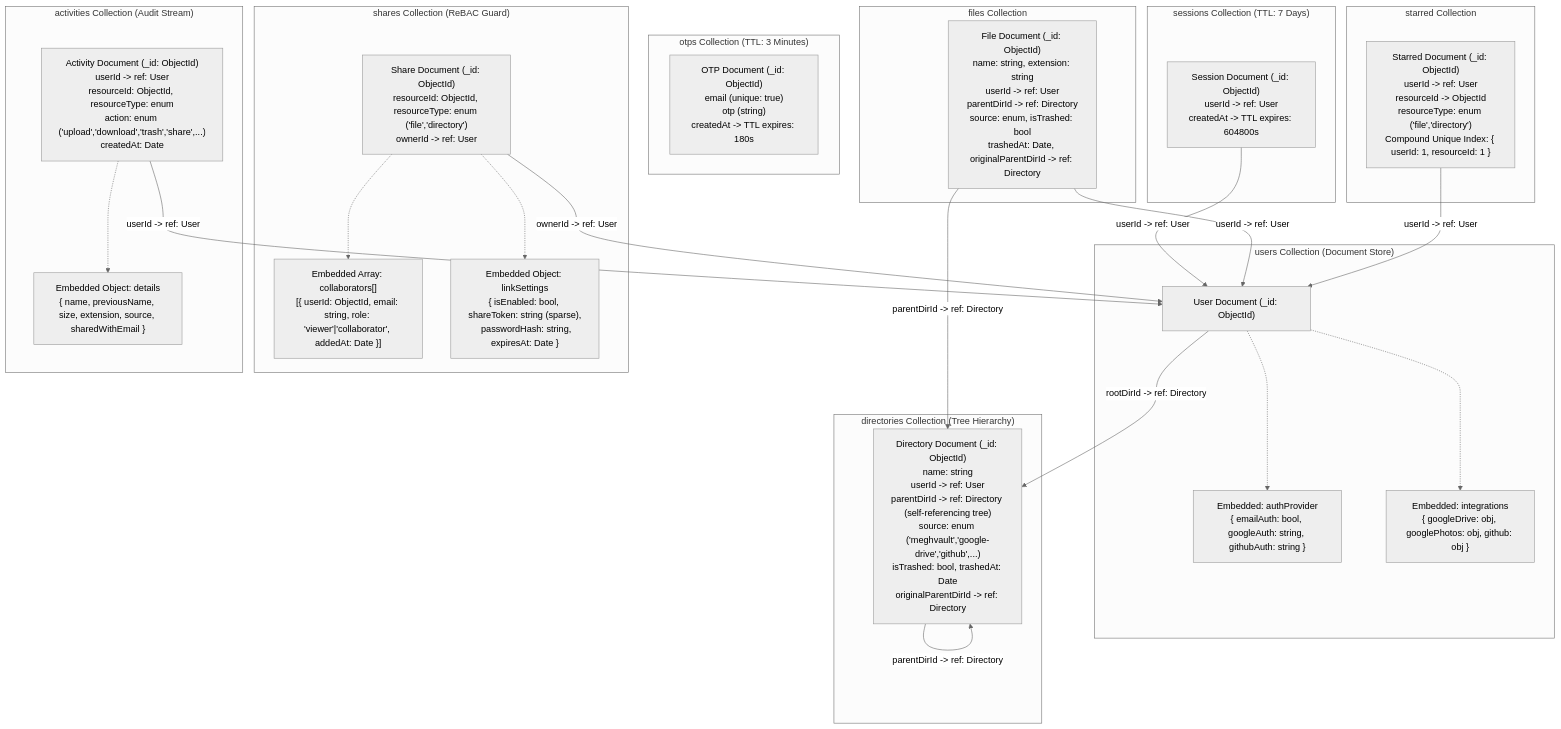
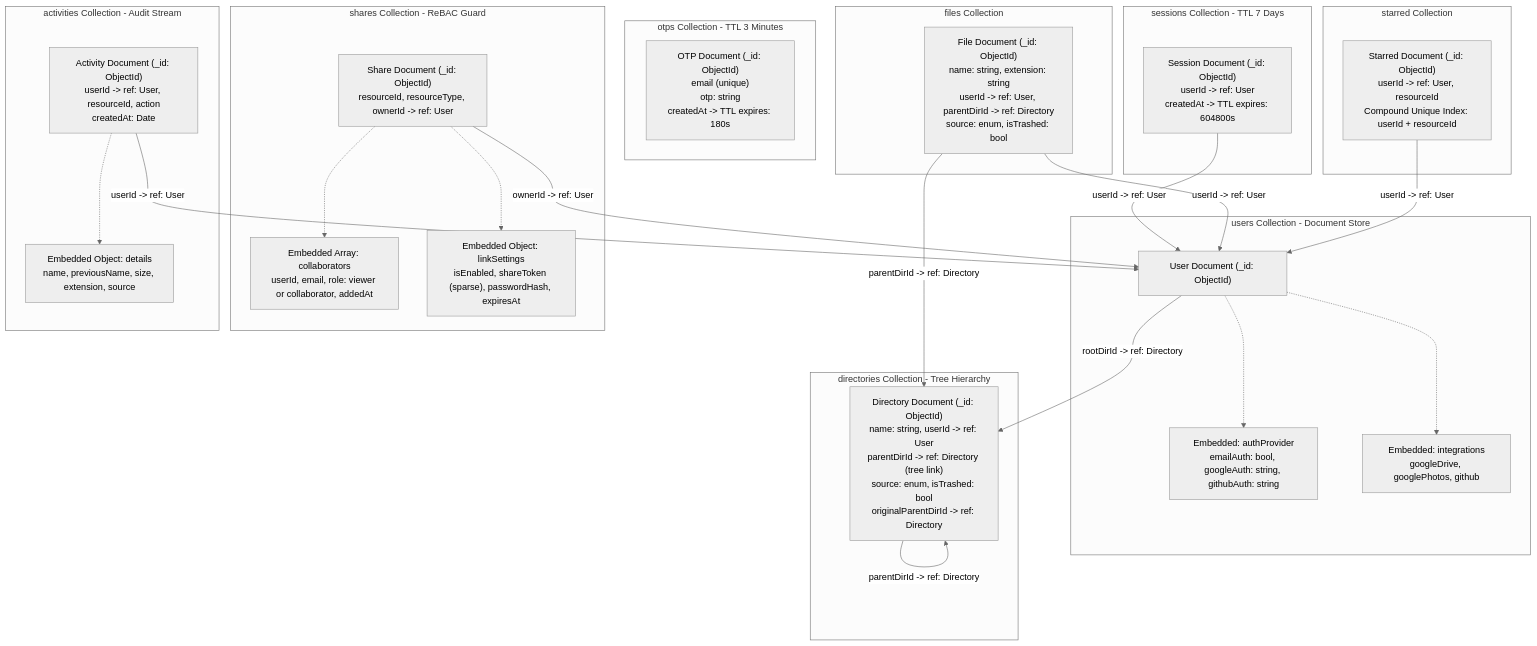
Before and after one commit to kunalrathore-cpp/MeghVault: diagram 20 of 21 in README.md, drawn with Mermaid (neutral theme). The commit also changed other lines of this file, not shown here.

````diff
--- a/README.md
+++ b/README.md
@@ -798,48 +798,48 @@
 ```mermaid
 flowchart TD
-    subgraph UsersCollection["users Collection (Document Store)"]
+    subgraph UsersCollection["users Collection - Document Store"]
         UserDoc["User Document (_id: ObjectId)"]
-        UserDoc -.-> EmbeddedAuth["Embedded: authProvider\n{ emailAuth: bool, googleAuth: string, githubAuth: string }"]
-        UserDoc -.-> EmbeddedIntegrations["Embedded: integrations\n{ googleDrive: obj, googlePhotos: obj, github: obj }"]
+        UserDoc -.-> EmbeddedAuth["Embedded: authProvider<br/>emailAuth: bool, googleAuth: string, githubAuth: string"]
+        UserDoc -.-> EmbeddedIntegrations["Embedded: integrations<br/>googleDrive, googlePhotos, github"]
     end
 
-    subgraph SessionsCollection["sessions Collection (TTL: 7 Days)"]
-        SessionDoc["Session Document (_id: ObjectId)\nuserId -> ref: User\ncreatedAt -> TTL expires: 604800s"]
+    subgraph SessionsCollection["sessions Collection - TTL 7 Days"]
+        SessionDoc["Session Document (_id: ObjectId)<br/>userId -> ref: User<br/>createdAt -> TTL expires: 604800s"]
     end
 
-    subgraph OTPCollection["otps Collection (TTL: 3 Minutes)"]
-        OTPDoc["OTP Document (_id: ObjectId)\nemail (unique: true)\notp (string)\ncreatedAt -> TTL expires: 180s"]
+    subgraph OTPCollection["otps Collection - TTL 3 Minutes"]
+        OTPDoc["OTP Document (_id: ObjectId)<br/>email (unique)<br/>otp: string<br/>createdAt -> TTL expires: 180s"]
     end
 
-    subgraph DirectoriesCollection["directories Collection (Tree Hierarchy)"]
-        DirDoc["Directory Document (_id: ObjectId)\nname: string\nuserId -> ref: User\nparentDirId -> ref: Directory (self-referencing tree)\nsource: enum ('meghvault','google-drive','github',...)\nisTrashed: bool, trashedAt: Date\noriginalParentDirId -> ref: Directory"]
+    subgraph DirectoriesCollection["directories Collection - Tree Hierarchy"]
+        DirDoc["Directory Document (_id: ObjectId)<br/>name: string, userId -> ref: User<br/>parentDirId -> ref: Directory (tree link)<br/>source: enum, isTrashed: bool<br/>originalParentDirId -> ref: Directory"]
     end
 
     subgraph FilesCollection["files Collection"]
-        FileDoc["File Document (_id: ObjectId)\nname: string, extension: string\nuserId -> ref: User\nparentDirId -> ref: Directory\nsource: enum, isTrashed: bool\ntrashedAt: Date, originalParentDirId -> ref: Directory"]
+        FileDoc["File Document (_id: ObjectId)<br/>name: string, extension: string<br/>userId -> ref: User, parentDirId -> ref: Directory<br/>source: enum, isTrashed: bool"]
     end
 
-    subgraph SharesCollection["shares Collection (ReBAC Guard)"]
-        ShareDoc["Share Document (_id: ObjectId)\nresourceId: ObjectId, resourceType: enum ('file','directory')\nownerId -> ref: User"]
-        ShareDoc -.-> EmbeddedCollabs["Embedded Array: collaborators[]\n[{ userId: ObjectId, email: string, role: 'viewer'|'collaborator', addedAt: Date }]"]
-        ShareDoc -.-> EmbeddedLink["Embedded Object: linkSettings\n{ isEnabled: bool, shareToken: string (sparse),\n  passwordHash: string, expiresAt: Date }"]
+    subgraph SharesCollection["shares Collection - ReBAC Guard"]
+        ShareDoc["Share Document (_id: ObjectId)<br/>resourceId, resourceType, ownerId -> ref: User"]
+        ShareDoc -.-> EmbeddedCollabs["Embedded Array: collaborators<br/>userId, email, role: viewer or collaborator, addedAt"]
+        ShareDoc -.-> EmbeddedLink["Embedded Object: linkSettings<br/>isEnabled, shareToken (sparse), passwordHash, expiresAt"]
     end
 
     subgraph StarredCollection["starred Collection"]
-        StarredDoc["Starred Document (_id: ObjectId)\nuserId -> ref: User\nresourceId -> ObjectId\nresourceType: enum ('file','directory')\nCompound Unique Index: { userId: 1, resourceId: 1 }"]
+        StarredDoc["Starred Document (_id: ObjectId)<br/>userId -> ref: User, resourceId<br/>Compound Unique Index: userId + resourceId"]
     end
 
-    subgraph ActivitiesCollection["activities Collection (Audit Stream)"]
-        ActivityDoc["Activity Document (_id: ObjectId)\nuserId -> ref: User\nresourceId: ObjectId, resourceType: enum\naction: enum ('upload','download','trash','share',...)\ncreatedAt: Date"]
-        ActivityDoc -.-> EmbeddedDetails["Embedded Object: details\n{ name, previousName, size, extension, source, sharedWithEmail }"]
+    subgraph ActivitiesCollection["activities Collection - Audit Stream"]
+        ActivityDoc["Activity Document (_id: ObjectId)<br/>userId -> ref: User, resourceId, action<br/>createdAt: Date"]
+        ActivityDoc -.-> EmbeddedDetails["Embedded Object: details<br/>name, previousName, size, extension, source"]
     end
 
     UserDoc -->|rootDirId -> ref: Directory| DirDoc
     SessionDoc -->|userId -> ref: User| UserDoc
     DirDoc -->|parentDirId -> ref: Directory| DirDoc
     FileDoc -->|parentDirId -> ref: Directory| DirDoc
     FileDoc -->|userId -> ref: User| UserDoc
     ShareDoc -->|ownerId -> ref: User| UserDoc
     StarredDoc -->|userId -> ref: User| UserDoc
     ActivityDoc -->|userId -> ref: User| UserDoc
 ```
````
